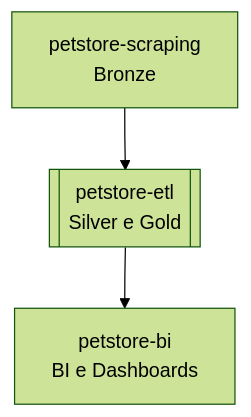
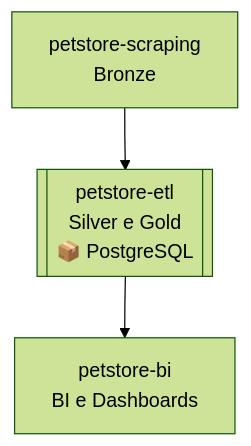
The diagram in README.md (rafa-trindade/petstore-etl), drawn with Mermaid (forest theme) before and after one commit. The commit also changed other lines of this file and 10 other files, not shown here.

````diff
--- a/README.md
+++ b/README.md
@@ -32,5 +32,5 @@
 ```mermaid
 graph TD
-    A[petstore-scraping<br>Bronze] --> B[[petstore-etl<br>Silver e Gold]]
+    A[petstore-scraping<br>Bronze] --> B[[petstore-etl<br>Silver e Gold<br>📦 PostgreSQL]]
     B --> C[petstore-bi<br>BI e Dashboards]
 ```
````
